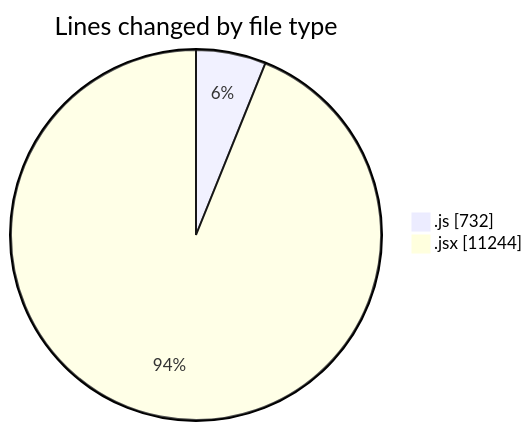
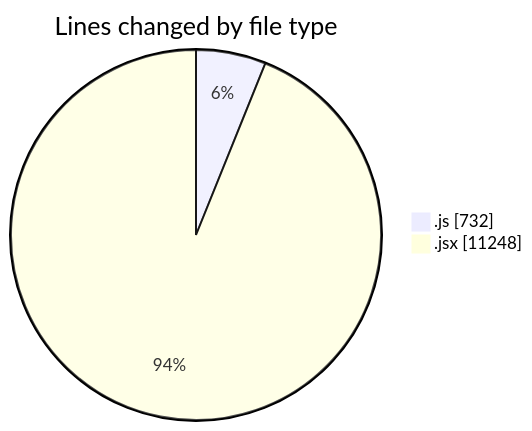
Before and after one commit to nxtqubesakshisongat/code-tracking: the first of 2 diagrams in 2025-07-28/nxtqube_webapp/README.md, drawn with Mermaid. The commit also changed other lines of this file and 1 other file, not shown here.

````diff
--- a/2025-07-28/nxtqube_webapp/README.md
+++ b/2025-07-28/nxtqube_webapp/README.md
@@ -47,6 +47,6 @@
 ```mermaid
 pie showData
 title Lines changed by file type
 ".js" : 732
-".jsx" : 11244
+".jsx" : 11248
 ```
````
